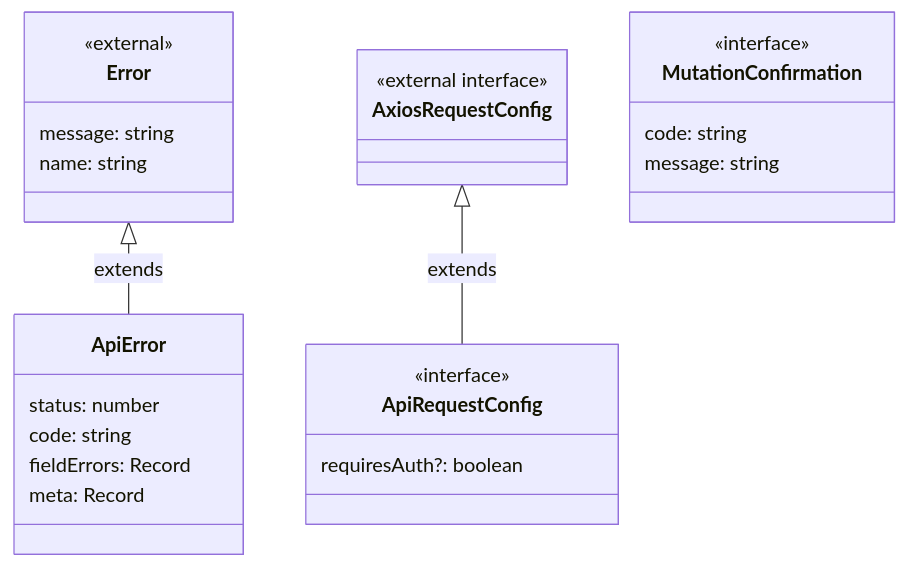
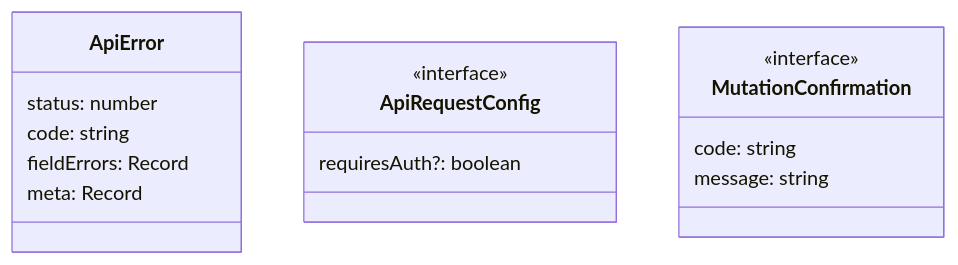
Before and after one commit to gpgsistemas01/nexus: the first of 2 diagrams in front/docs/architecture/views/logical/class-and-type-models/02-shared-contracts.md, drawn with Mermaid. The commit also changed other lines of this file and 37 other files, not shown here.

Commit message:
docs: depurar diagramas y conservar contratos propios del frontend

````diff
--- a/front/docs/architecture/views/logical/class-and-type-models/02-shared-contracts.md
+++ b/front/docs/architecture/views/logical/class-and-type-models/02-shared-contracts.md
@@ -14,29 +14,19 @@
 ```mermaid
 classDiagram
     direction TB
-    class Error {
-        <<external>>
-        message: string
-        name: string
-    }
     class ApiError {
         status: number
         code: string
         fieldErrors: Record
         meta: Record
-    }
-    class AxiosRequestConfig {
-        <<external interface>>
     }
     class ApiRequestConfig {
         <<interface>>
         requiresAuth?: boolean
     }
     class MutationConfirmation {
         <<interface>>
         code: string
         message: string
     }
-    Error <|-- ApiError : extends
-    AxiosRequestConfig <|-- ApiRequestConfig : extends
 ```
````
